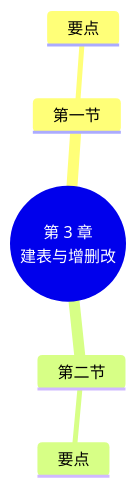
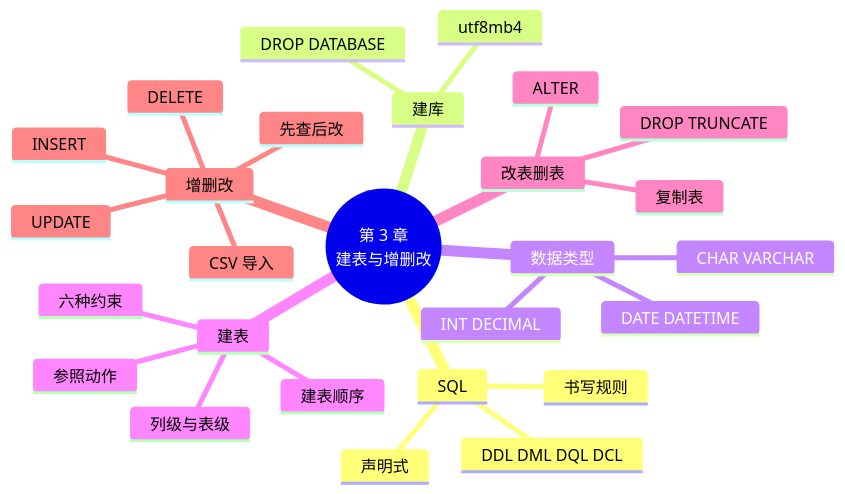
Before and after one commit to MingziFu9/database-textbook: the diagram in docs/chapters/03-sql-ddl-dml/index.md, drawn with Mermaid. The commit also changed other lines of this file and 5 other files, not shown here.

Commit message:
第 3 章：SQL 入门（建库建表、约束、增删改），3 个实验已在 MySQL 8.4 实测

````diff
--- a/docs/chapters/03-sql-ddl-dml/index.md
+++ b/docs/chapters/03-sql-ddl-dml/index.md
@@ -185,8 +856,30 @@
 ```mermaid
 mindmap
   root((第 3 章<br/>建表与增删改))
-    第一节
-      要点
-    第二节
-      要点
+    SQL
+      声明式
+      DDL DML DQL DCL
+      书写规则
+    建库
+      utf8mb4
+      DROP DATABASE
+    数据类型
+      INT DECIMAL
+      CHAR VARCHAR
+      DATE DATETIME
+    建表
+      六种约束
+      列级与表级
+      参照动作
+      建表顺序
+    改表删表
+      ALTER
+      复制表
+      DROP TRUNCATE
+    增删改
+      INSERT
+      UPDATE
+      DELETE
+      先查后改
+      CSV 导入
 ```
````
